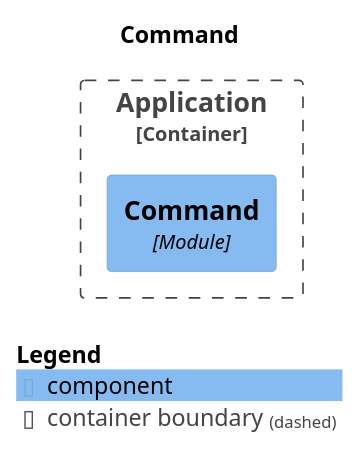
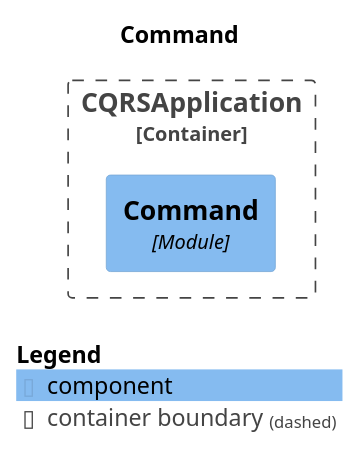
One commit to odrotbohm/cqrs-spring-modulith changed the diagram in generated-docs/uml/module-command.puml. Above: the diagram before and after it, drawn with PlantUML. The commit also changed 9 other files, not shown here.

```diff
--- a/generated-docs/uml/module-command.puml
+++ b/generated-docs/uml/module-command.puml
@@ -1,17 +1,17 @@
 @startuml
 set separator none
 title Command
 
 top to bottom direction
 
 !include <C4/C4>
 !include <C4/C4_Context>
 !include <C4/C4_Component>
 
-Container_Boundary("Application.Application_boundary", "Application", $tags="") {
-  Component(Application.Application.Command, "Command", $techn="Module", $descr="", $tags="", $link="")
+Container_Boundary("CQRSApplication.CQRSApplication_boundary", "CQRSApplication", $tags="") {
+  Component(CQRSApplication.CQRSApplication.Command, "Command", $techn="Module", $descr="", $tags="", $link="")
 }
 
 
 SHOW_LEGEND(true)
 @enduml
```
